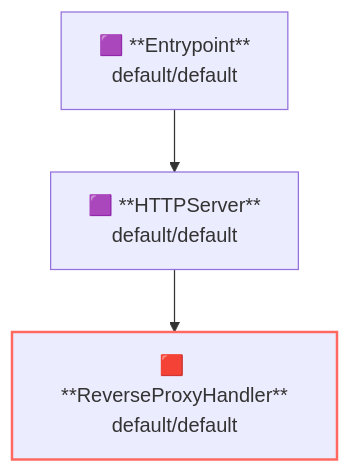
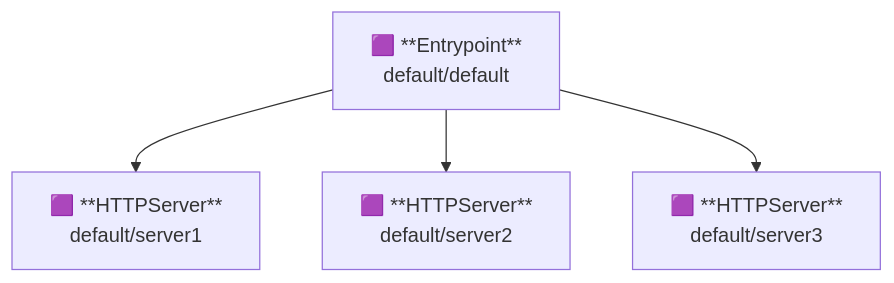
One commit to aileron-gateway/aileron-gateway changed the second of 2 diagrams in examples/vanilla-server/README.md. Above: the diagram before and after it, drawn with Mermaid. The commit also changed other lines of this file and 9 other files, not shown here.

````diff
--- a/examples/vanilla-server/README.md
+++ b/examples/vanilla-server/README.md
@@ -94,12 +105,11 @@
 ```mermaid
 graph TD
   Entrypoint["🟪 **Entrypoint**</br>default/default"]
-  HTTPServer["🟪 **HTTPServer**</br>default/default"]
-  ReverseProxyHandler["🟥 **ReverseProxyHandler**</br>default/default"]
+  HTTPServer1["🟪 **HTTPServer**</br>default/server1"]
+  HTTPServer2["🟪 **HTTPServer**</br>default/server2"]
+  HTTPServer3["🟪 **HTTPServer**</br>default/server3"]
 
-  Entrypoint --> HTTPServer
-  HTTPServer --> ReverseProxyHandler
-  ReverseProxyHandler
-
-  style ReverseProxyHandler stroke:#ff6961,stroke-width:2px
+  Entrypoint --> HTTPServer1
+  Entrypoint --> HTTPServer2
+  Entrypoint --> HTTPServer3
 ```
````
